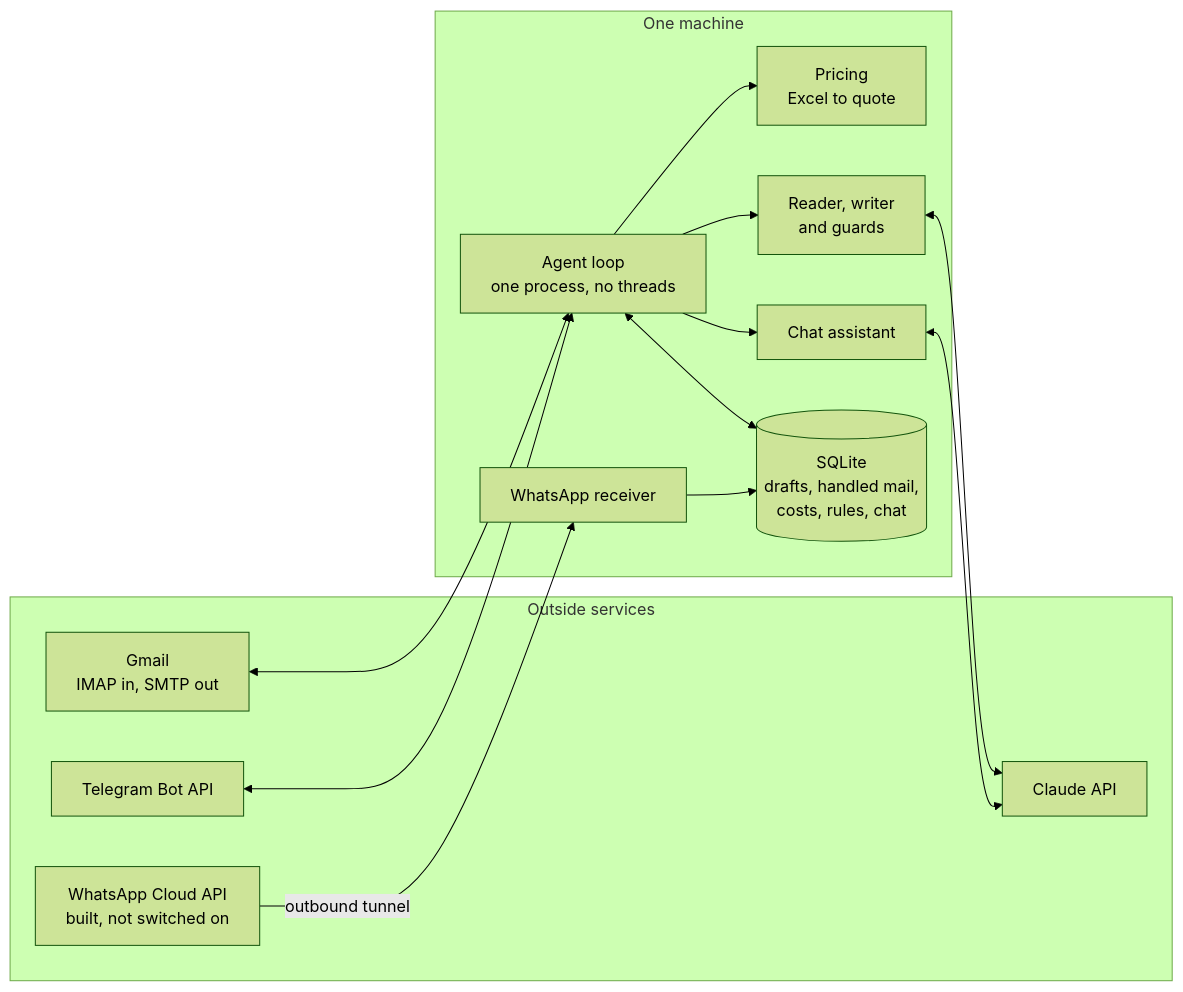
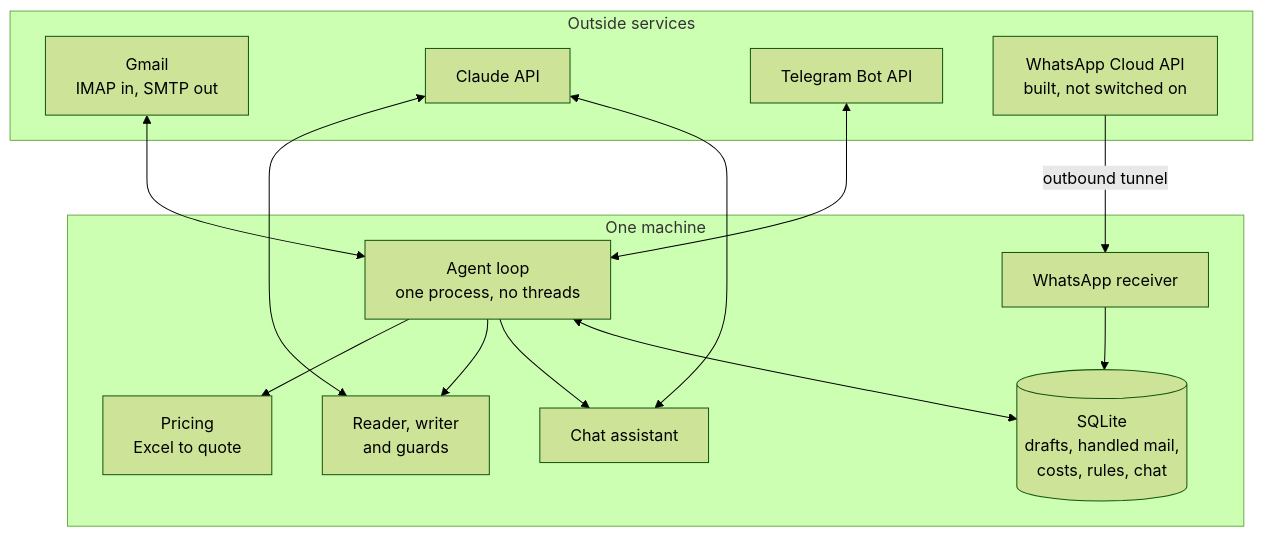
The second of 2 diagrams in README.md (Nodir0705/sales-quote-agent), drawn with Mermaid (forest theme) before and after one commit.

Commit message:
Lay out the architecture diagram top to bottom

````diff
--- a/README.md
+++ b/README.md
@@ -40,26 +40,26 @@
 ```mermaid
-flowchart LR
+flowchart TB
     subgraph OUT[Outside services]
         GM[Gmail<br>IMAP in, SMTP out]
         CL[Claude API]
         TG[Telegram Bot API]
         WA[WhatsApp Cloud API<br>built, not switched on]
     end
     subgraph PC[One machine]
         L[Agent loop<br>one process, no threads]
         PR[Pricing<br>Excel to quote]
         DR[Reader, writer<br>and guards]
         CH[Chat assistant]
         DB[(SQLite<br>drafts, handled mail,<br>costs, rules, chat)]
         RX[WhatsApp receiver]
     end
     GM <--> L
     TG <--> L
     L --> PR
     L --> DR
-    DR <--> CL
-    CH <--> CL
+    CL <--> DR
+    CL <--> CH
     L --> CH
     L <--> DB
     WA -->|outbound tunnel| RX --> DB
 ```
````
